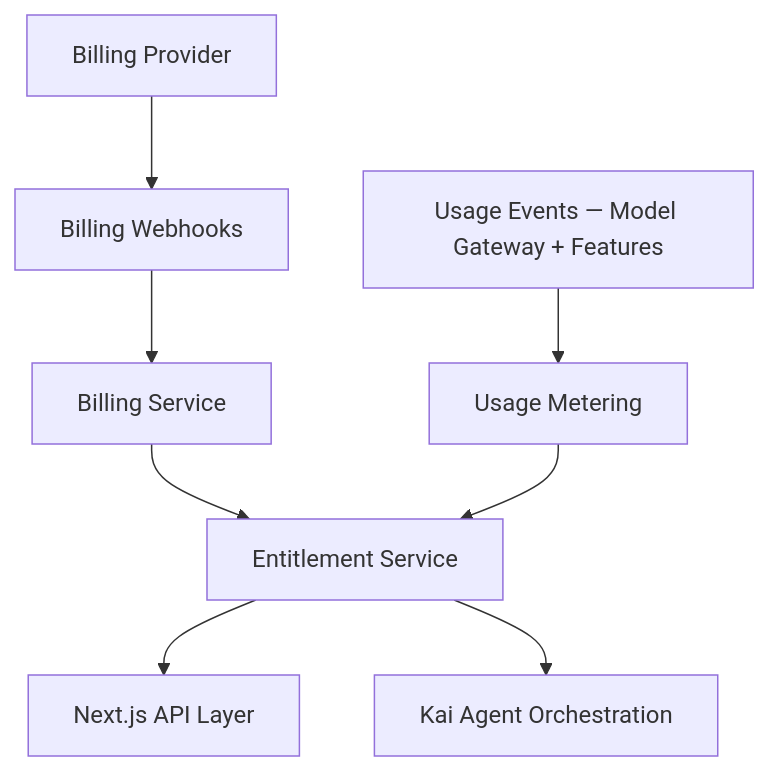
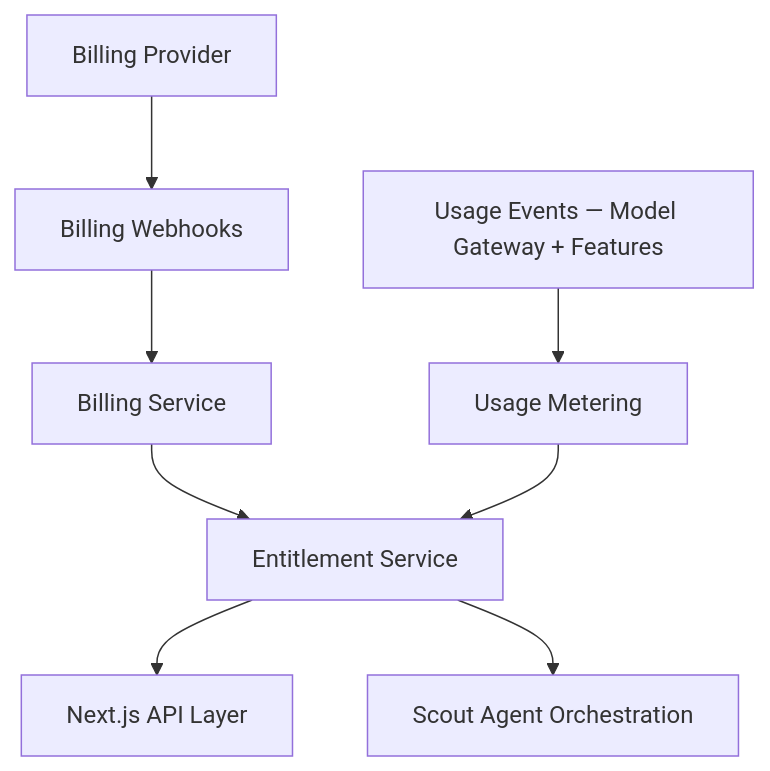
The diagram in docs/SUBSCRIPTION_AND_MONETIZATION.md (Mirzzie/Fadi), drawn with Mermaid before and after one commit. The commit also changed other lines of this file and 142 other files, not shown here.

First line of the commit message:
feat!: rename Kai → Scout — the agent that finds what's ahead of you

````diff
--- a/docs/SUBSCRIPTION_AND_MONETIZATION.md
+++ b/docs/SUBSCRIPTION_AND_MONETIZATION.md
@@ -55,10 +55,10 @@
 ```mermaid
 flowchart TD
     Billing[Billing Provider] --> Webhooks[Billing Webhooks]
     Webhooks --> BillingSvc[Billing Service]
     BillingSvc --> Entitlements[Entitlement Service]
     Entitlements --> API[Next.js API Layer]
-    Entitlements --> Agent[Kai Agent Orchestration]
+    Entitlements --> Agent[Scout Agent Orchestration]
     Usage[Usage Events — Model Gateway + Features] --> Metering[Usage Metering]
     Metering --> Entitlements
 ```
````
